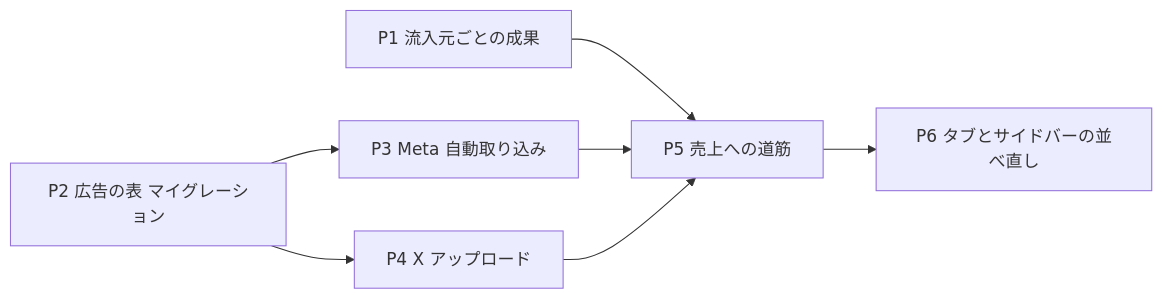
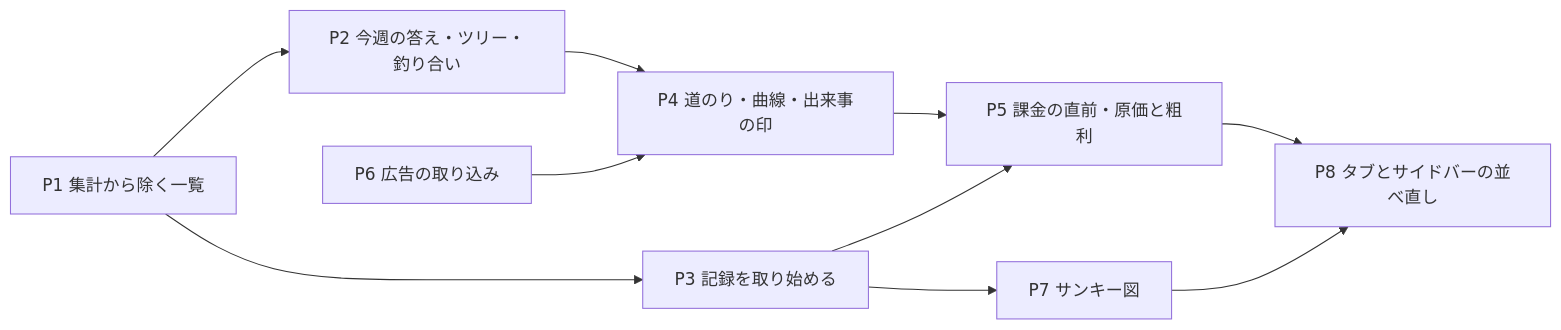
The second of 2 diagrams in docs/planning/admin-growth-dashboard-plan.md (3balljugglerYu/ai_coordinate), drawn with Mermaid before and after one commit. The commit also changed other lines of this file, not shown here.

````diff
--- a/docs/planning/admin-growth-dashboard-plan.md
+++ b/docs/planning/admin-growth-dashboard-plan.md
@@ -159,9 +207,12 @@
 ```mermaid
 flowchart LR
-    P1["P1 流入元ごとの成果"] --> P5["P5 売上への道筋"]
-    P2["P2 広告の表 マイグレーション"] --> P3["P3 Meta 自動取り込み"]
-    P2 --> P4["P4 X アップロード"]
-    P3 --> P5
+    P1["P1 集計から除く一覧"] --> P2["P2 今週の答え・ツリー・釣り合い"]
+    P1 --> P3["P3 記録を取り始める"]
+    P2 --> P4["P4 道のり・曲線・出来事の印"]
+    P3 --> P5["P5 課金の直前・原価と粗利"]
     P4 --> P5
-    P5 --> P6["P6 タブとサイドバーの並べ直し"]
+    P6["P6 広告の取り込み"] --> P4
+    P3 --> P7["P7 サンキー図"]
+    P5 --> P8["P8 タブとサイドバーの並べ直し"]
+    P7 --> P8
 ```
````
